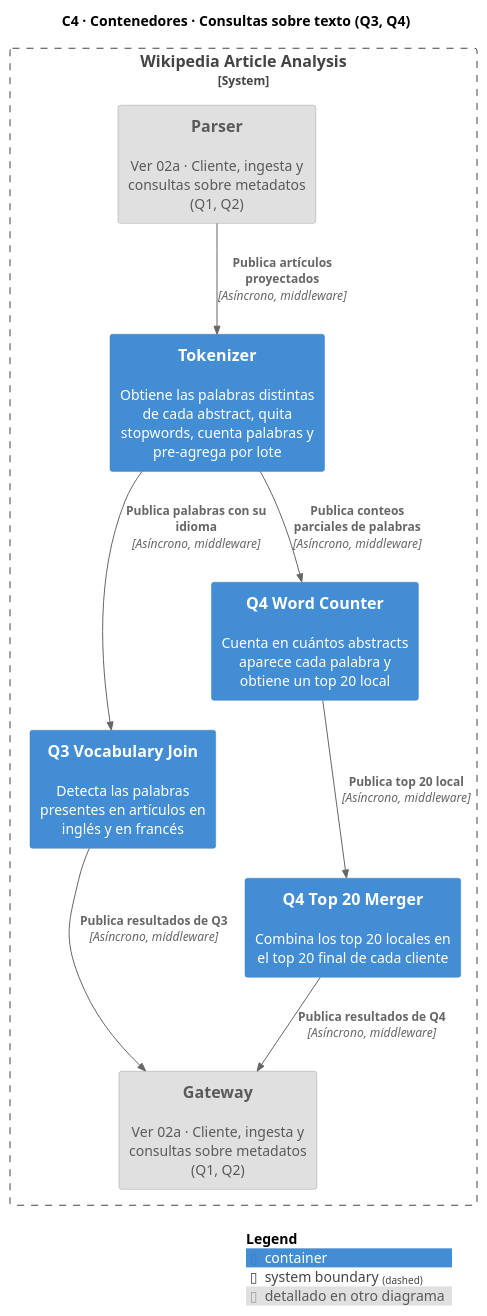
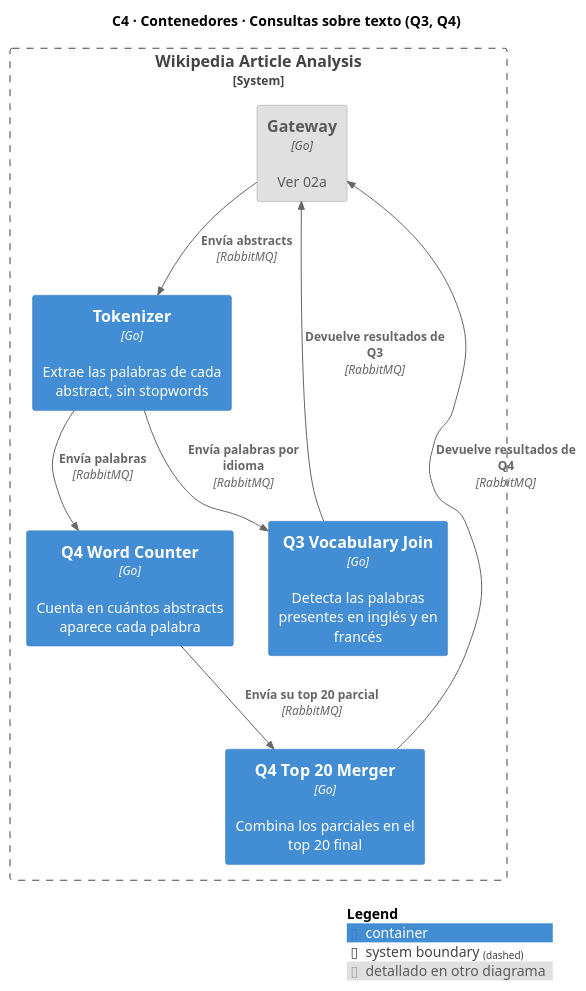
Before and after one commit to NicoPodesta/trabajo-final-distribuidos: the diagram in Diagramas/C4Model/02b-contenedores-q3-q4.puml, drawn with PlantUML. The commit also changed 7 other files, not shown here.

```diff
--- a/Diagramas/C4Model/02b-contenedores-q3-q4.puml
+++ b/Diagramas/C4Model/02b-contenedores-q3-q4.puml
@@ -1,25 +1,24 @@
 @startuml 02b-contenedores-q3-q4
 !include <C4/C4_Container>
 
 AddElementTag("ref", $bgColor="#e0e0e0", $fontColor="#5a5a5a", $borderColor="#9e9e9e", $legendText="detallado en otro diagrama")
 
 title C4 · Contenedores · Consultas sobre texto (Q3, Q4)
 
 System_Boundary(sistema, "Wikipedia Article Analysis") {
-    Container(parser, "Parser", "", "Ver 02a · Cliente, ingesta y consultas sobre metadatos (Q1, Q2)", $tags="ref")
-    Container(gateway, "Gateway", "", "Ver 02a · Cliente, ingesta y consultas sobre metadatos (Q1, Q2)", $tags="ref")
-    Container(tokenizer, "Tokenizer", "", "Obtiene las palabras distintas de cada abstract, quita stopwords, cuenta palabras y pre-agrega por lote")
-    Container(q3, "Q3 Vocabulary Join", "", "Detecta las palabras presentes en artículos en inglés y en francés")
-    Container(q4c, "Q4 Word Counter", "", "Cuenta en cuántos abstracts aparece cada palabra y obtiene un top 20 local")
-    Container(q4m, "Q4 Top 20 Merger", "", "Combina los top 20 locales en el top 20 final de cada cliente")
+    Container(gateway, "Gateway", "Go", "Ver 02a", $tags="ref")
+    Container(tokenizer, "Tokenizer", "Go", "Extrae las palabras de cada abstract, sin stopwords")
+    Container(q3, "Q3 Vocabulary Join", "Go", "Detecta las palabras presentes en inglés y en francés")
+    Container(q4c, "Q4 Word Counter", "Go", "Cuenta en cuántos abstracts aparece cada palabra")
+    Container(q4m, "Q4 Top 20 Merger", "Go", "Combina los parciales en el top 20 final")
 }
 
-Rel(parser, tokenizer, "Publica artículos proyectados", "Asíncrono, middleware")
-Rel(tokenizer, q3, "Publica palabras con su idioma", "Asíncrono, middleware")
-Rel(tokenizer, q4c, "Publica conteos parciales de palabras", "Asíncrono, middleware")
-Rel(q4c, q4m, "Publica top 20 local", "Asíncrono, middleware")
-Rel(q3, gateway, "Publica resultados de Q3", "Asíncrono, middleware")
-Rel(q4m, gateway, "Publica resultados de Q4", "Asíncrono, middleware")
+Rel(gateway, tokenizer, "Envía abstracts", "RabbitMQ")
+Rel(tokenizer, q3, "Envía palabras por idioma", "RabbitMQ")
+Rel(tokenizer, q4c, "Envía palabras", "RabbitMQ")
+Rel(q4c, q4m, "Envía su top 20 parcial", "RabbitMQ")
+Rel(q3, gateway, "Devuelve resultados de Q3", "RabbitMQ")
+Rel(q4m, gateway, "Devuelve resultados de Q4", "RabbitMQ")
 
 SHOW_LEGEND()
 @enduml
```
